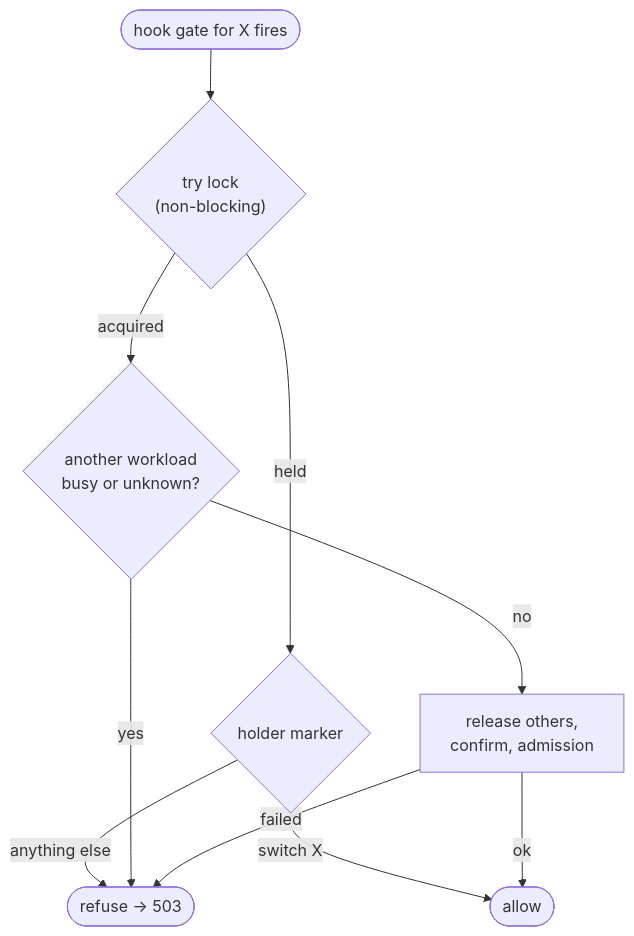
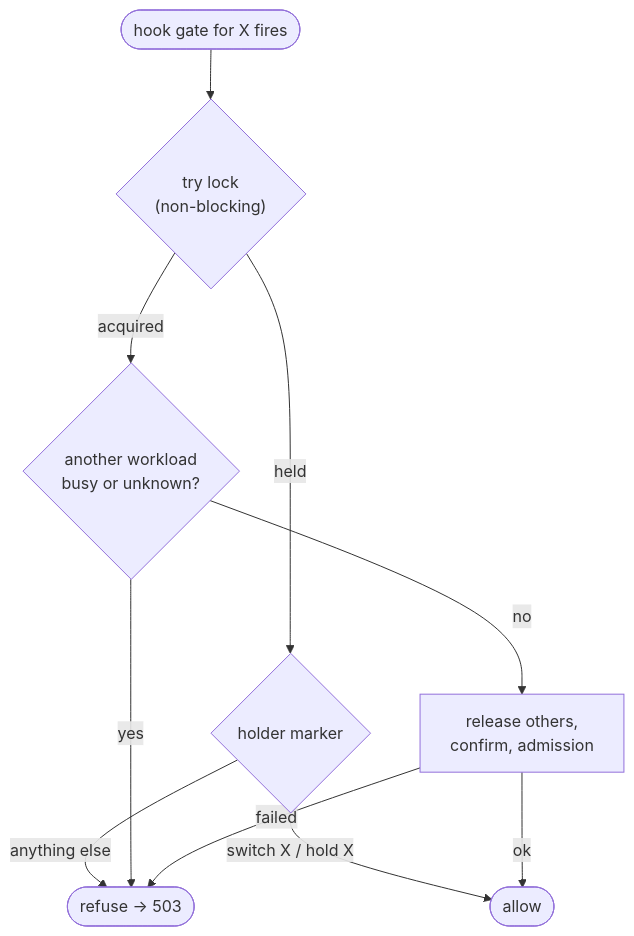
The fourth of 4 diagrams in gpu-workload/docs/plans/2026-10-14-vhotseat.md (wandermyz/wandering-vibe), drawn with Mermaid before and after one commit. The commit also changed other lines of this file, not shown here.

````diff
--- a/gpu-workload/docs/plans/2026-10-14-vhotseat.md
+++ b/gpu-workload/docs/plans/2026-10-14-vhotseat.md
@@ -193,12 +193,12 @@
 ```mermaid
 flowchart TD
     start(["hook gate for X fires"]) --> try{"try lock<br/>(non-blocking)"}
     try -- acquired --> others{"another workload<br/>busy or unknown?"}
     try -- held --> holder{"holder marker"}
-    holder -- "switch X" --> allow(["allow"])
+    holder -- "switch X / hold X" --> allow(["allow"])
     holder -- "anything else" --> refuse(["refuse → 503"])
     others -- yes --> refuse
     others -- no --> release["release others,<br/>confirm, admission"]
     release -- ok --> allow
     release -- failed --> refuse
 ```
````
